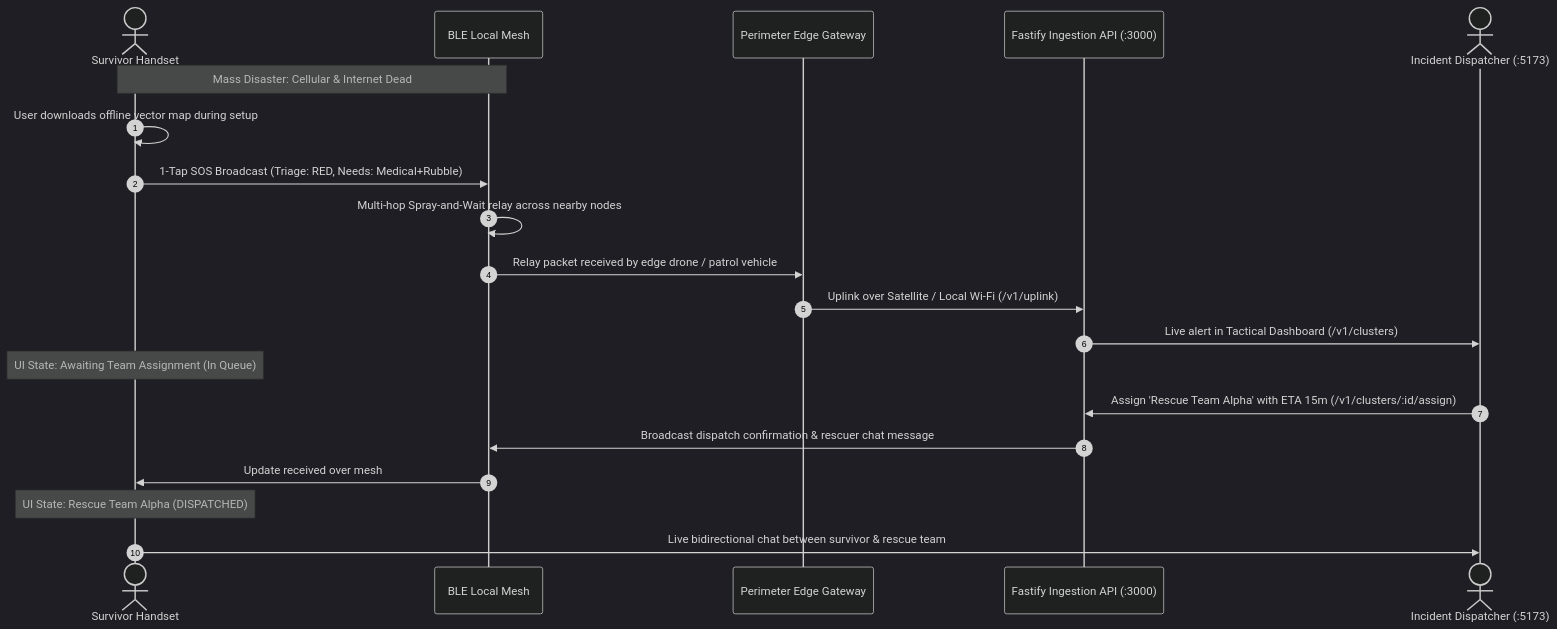
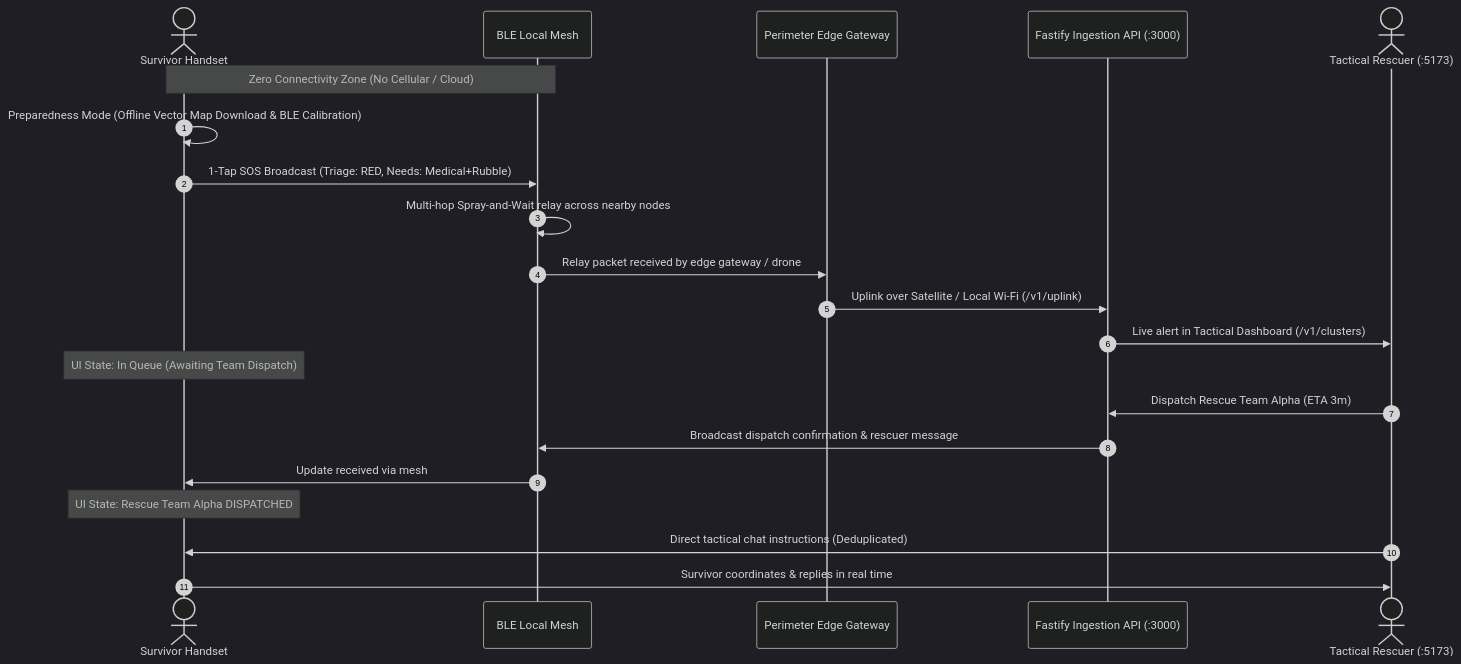
One commit to RutujaKhadse55/RescueNet changed the diagram in README.md. Above: the diagram before and after it, drawn with Mermaid (dark theme). The commit also changed other lines of this file and 17 other files, not shown here.

Commit message:
feat: offline cartography, rescuer single assignment constraint, chat deduplication & updated documentation

````diff
--- a/README.md
+++ b/README.md
@@ -202,23 +198,24 @@
 ```mermaid
 sequenceDiagram
     autonumber
     actor Survivor as Survivor Handset
     participant Mesh as BLE Local Mesh
     participant Gateway as Perimeter Edge Gateway
     participant API as Fastify Ingestion API (:3000)
-    actor Commander as Incident Dispatcher (:5173)
+    actor Commander as Tactical Rescuer (:5173)
 
-    Note over Survivor,Mesh: Mass Disaster: Cellular & Internet Dead
-    Survivor->>Survivor: User downloads offline vector map during setup
+    Note over Survivor,Mesh: Zero Connectivity Zone (No Cellular / Cloud)
+    Survivor->>Survivor: Preparedness Mode (Offline Vector Map Download & BLE Calibration)
     Survivor->>Mesh: 1-Tap SOS Broadcast (Triage: RED, Needs: Medical+Rubble)
     Mesh->>Mesh: Multi-hop Spray-and-Wait relay across nearby nodes
-    Mesh->>Gateway: Relay packet received by edge drone / patrol vehicle
+    Mesh->>Gateway: Relay packet received by edge gateway / drone
     Gateway->>API: Uplink over Satellite / Local Wi-Fi (/v1/uplink)
     API->>Commander: Live alert in Tactical Dashboard (/v1/clusters)
-    Note over Survivor: UI State: Awaiting Team Assignment (In Queue)
-    Commander->>API: Assign 'Rescue Team Alpha' with ETA 15m (/v1/clusters/:id/assign)
-    API->>Mesh: Broadcast dispatch confirmation & rescuer chat message
-    Mesh->>Survivor: Update received over mesh
-    Note over Survivor: UI State: Rescue Team Alpha (DISPATCHED)
-    Survivor->>Commander: Live bidirectional chat between survivor & rescue team
+    Note over Survivor: UI State: In Queue (Awaiting Team Dispatch)
+    Commander->>API: Dispatch Rescue Team Alpha (ETA 3m)
+    API->>Mesh: Broadcast dispatch confirmation & rescuer message
+    Mesh->>Survivor: Update received via mesh
+    Note over Survivor: UI State: Rescue Team Alpha DISPATCHED
+    Commander->>Survivor: Direct tactical chat instructions (Deduplicated)
+    Survivor->>Commander: Survivor coordinates & replies in real time
 ```
````
